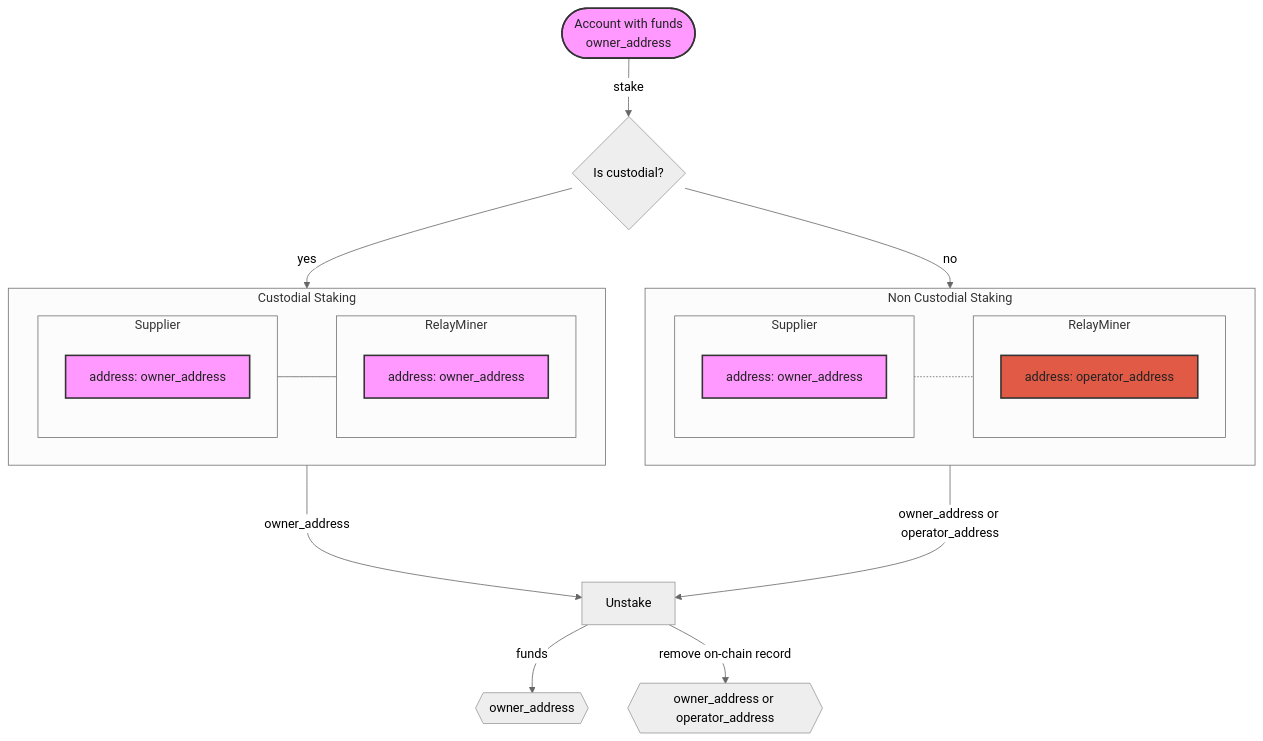
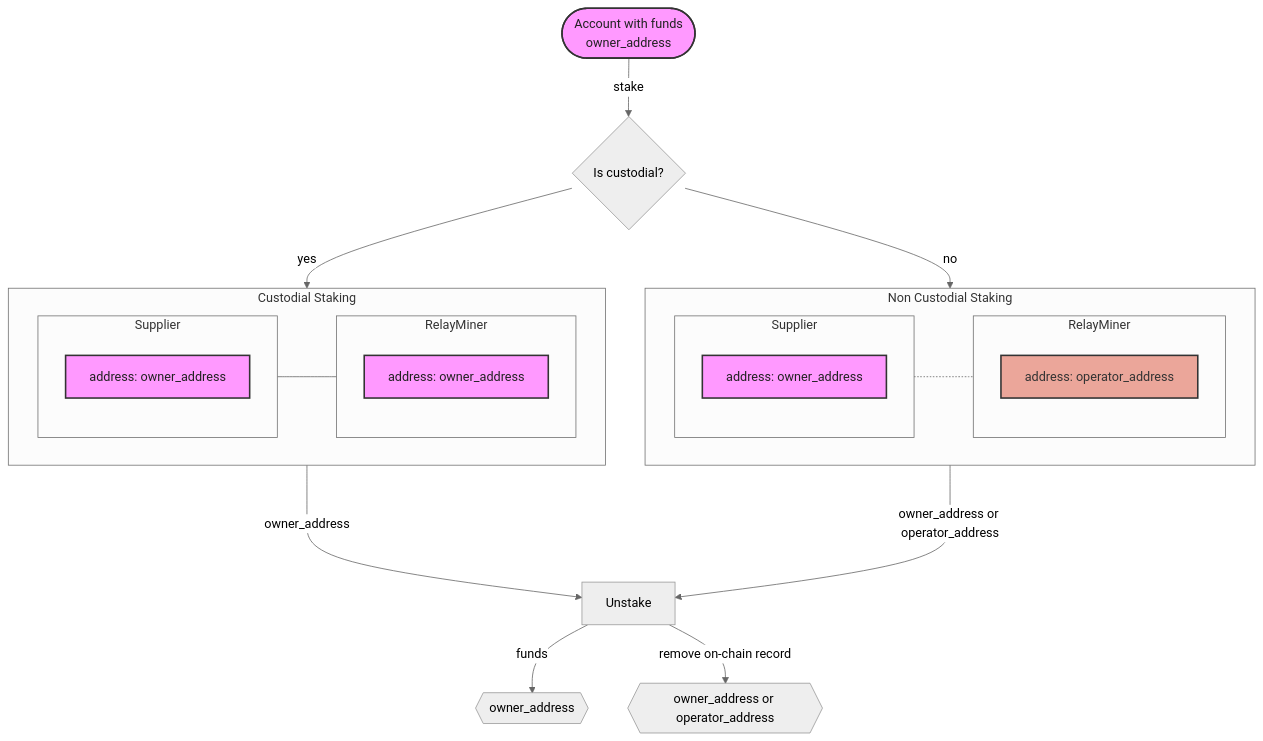
One commit to pokt-network/poktroll changed the diagram in docusaurus/docs/operate/configs/supplier_staking_config.md. Above: the diagram before and after it, drawn with Mermaid (neutral theme). The commit also changed other lines of this file, not shown here.

````diff
--- a/docusaurus/docs/operate/configs/supplier_staking_config.md
+++ b/docusaurus/docs/operate/configs/supplier_staking_config.md
@@ -56,45 +56,45 @@
 ```mermaid
 flowchart TD
   AWF(["Account with funds <br> owner_address"])
   ISC{Is custodial?}
   US[Unstake]
 
   AWF -- stake --> ISC
   ISC -- yes --> CS
   ISC -- no --> NCS
 
 
   subgraph CS[Custodial Staking]
     direction LR
     subgraph S1[Supplier]
       OW1["address: owner_address"]
     end
     subgraph RM1[RelayMiner]
       OW2["address: owner_address"]
     end
     S1 --- RM1
   end
 
   subgraph NCS[Non Custodial Staking]
     direction LR
     subgraph S2[Supplier]
       OW21["address: owner_address"]
     end
     subgraph RM2[RelayMiner]
       OP22["address: operator_address"]
     end
     S2 -.- RM2
   end
 
   CS ---> |owner_address| US
   NCS  ---> |owner_address or operator_address| US
 
   US -- funds --> OWA{{owner_address}}
   US -- remove on-chain record --> OPA{{owner_address or operator_address}}
 
-  classDef owner fill:#f9f,stroke:#333,stroke-width:2px,color:#222;
-  classDef operator fill:#e05a46,stroke:#333,stroke-width:2px,color:#222;
+  classDef owner fill:#f9f, stroke:#333, stroke-width:2px, color:#222;
+  classDef operator fill:#eba69a, color: #333, stroke:#333, stroke-width:2px;
 
   class OW1,OW2,OW21,AWF owner
   class OP22 operator
 ```
````
